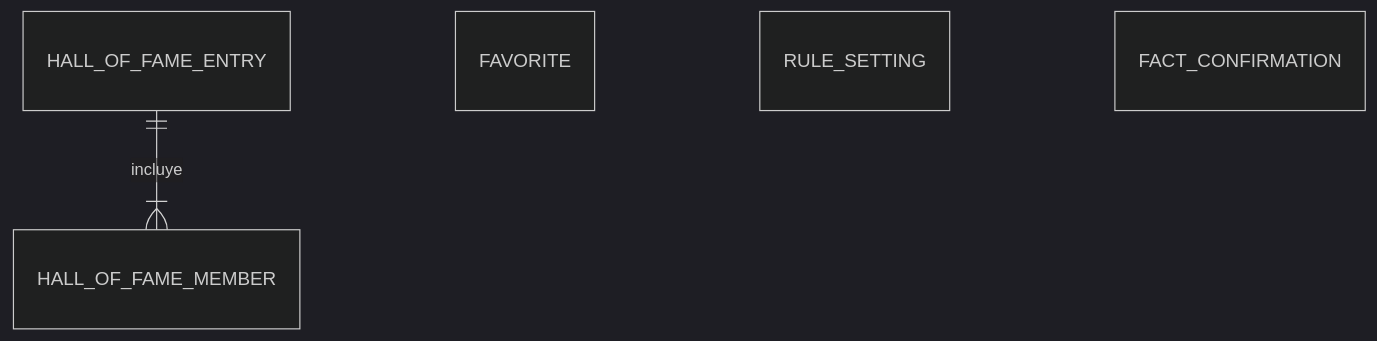
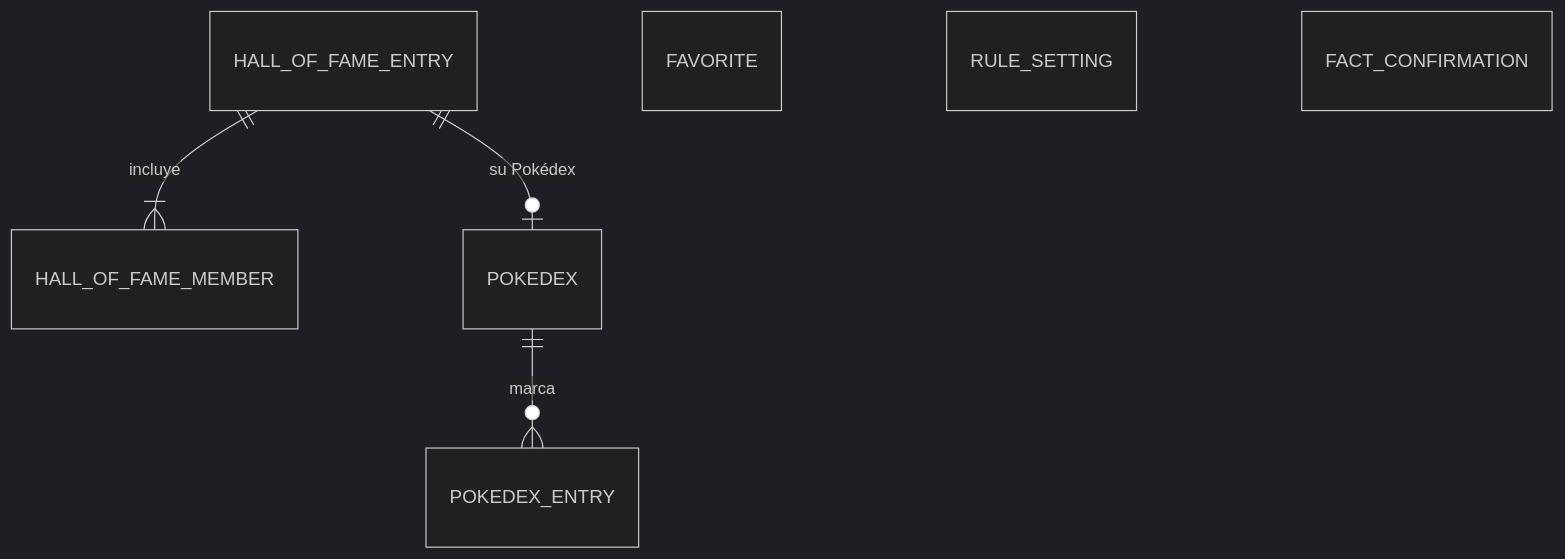
Before and after one commit to AlbertoMercado/pokemon-team-builder: the second of 2 diagrams in docs/02-ddt/modelo-datos.md, drawn with Mermaid (dark theme). The commit also changed other lines of this file and 24 other files, not shown here.

````diff
--- a/docs/02-ddt/modelo-datos.md
+++ b/docs/02-ddt/modelo-datos.md
@@ -183,7 +183,9 @@
 ```mermaid
 erDiagram
     HALL_OF_FAME_ENTRY ||--|{ HALL_OF_FAME_MEMBER : incluye
+    HALL_OF_FAME_ENTRY ||--o| POKEDEX : "su Pokédex"
+    POKEDEX ||--o{ POKEDEX_ENTRY : marca
     FAVORITE
     RULE_SETTING
     FACT_CONFIRMATION
 ```
````
